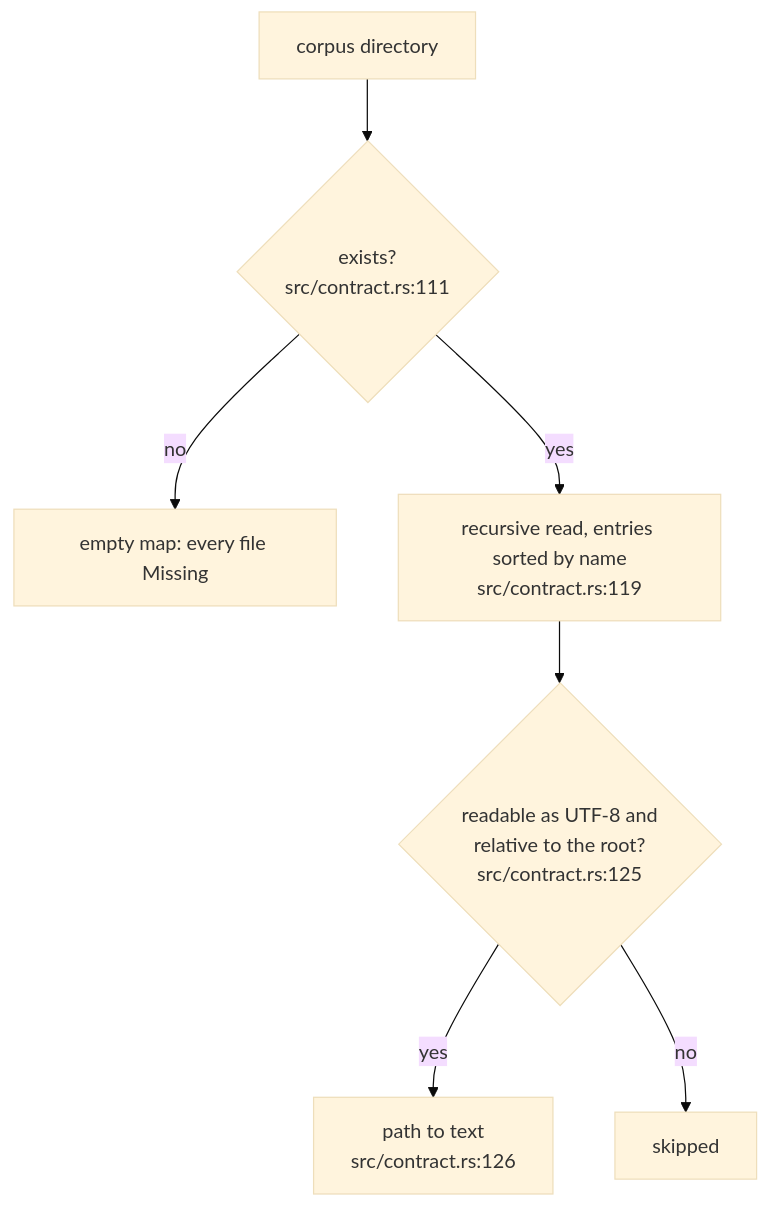
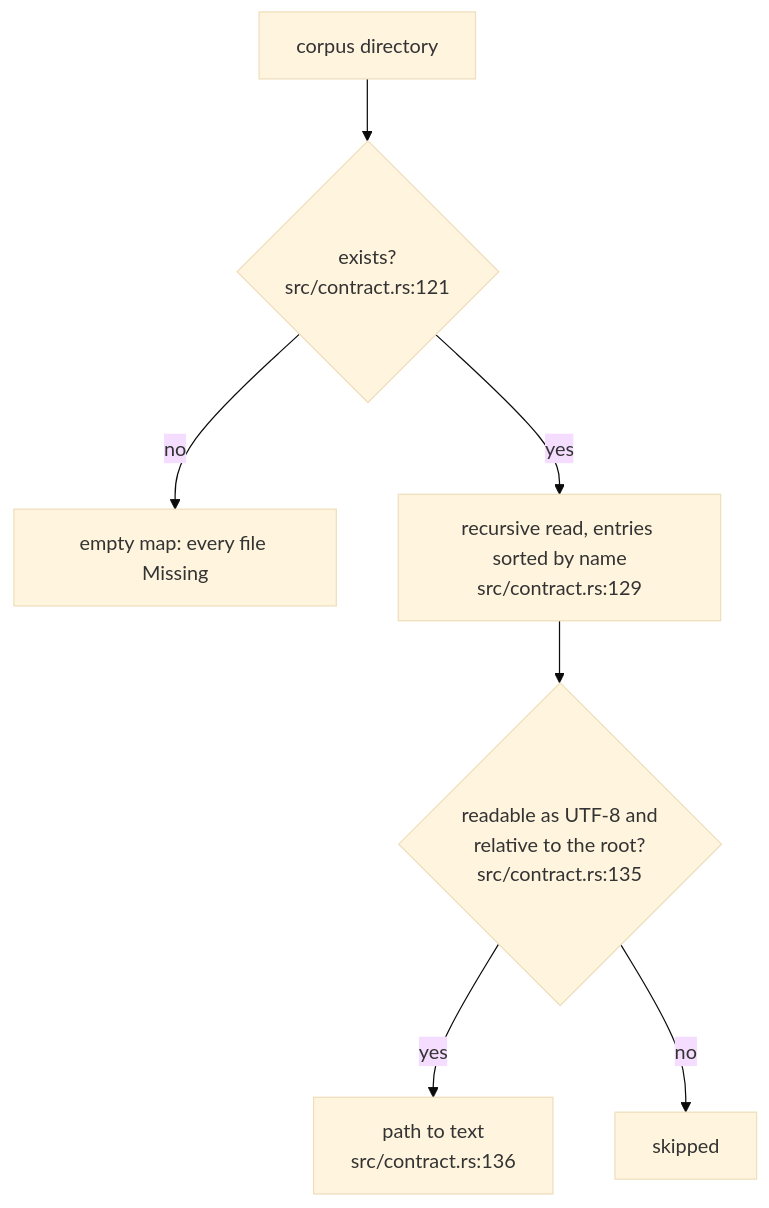
One commit to DreamLab-AI/codemaid changed the fourth of 5 diagrams in docs/diagrams/corpus/03-generate-check-write-and-the-cli.md. Above: the diagram before and after it, drawn with Mermaid (base theme). The commit also changed other lines of this file and 21 other files, not shown here.

````diff
--- a/docs/diagrams/corpus/03-generate-check-write-and-the-cli.md
+++ b/docs/diagrams/corpus/03-generate-check-write-and-the-cli.md
@@ -163,15 +176,15 @@
 ```mermaid
 flowchart TB
     D["corpus directory"]
-    EX{"exists?<br/>src/contract.rs:111"}
+    EX{"exists?<br/>src/contract.rs:121"}
     EMP["empty map: every file Missing"]
-    RR["recursive read, entries sorted by name<br/>src/contract.rs:119"]
-    UT{"readable as UTF-8 and<br/>relative to the root?<br/>src/contract.rs:125"}
-    IN["path to text<br/>src/contract.rs:126"]
+    RR["recursive read, entries sorted by name<br/>src/contract.rs:129"]
+    UT{"readable as UTF-8 and<br/>relative to the root?<br/>src/contract.rs:135"}
+    IN["path to text<br/>src/contract.rs:136"]
     SK["skipped"]
     D --> EX
     EX -->|no| EMP
     EX -->|yes| RR --> UT
     UT -->|yes| IN
     UT -->|no| SK
 ```
````
